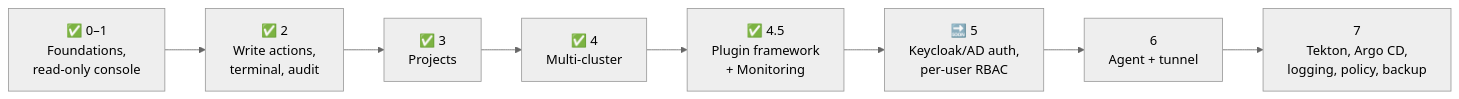
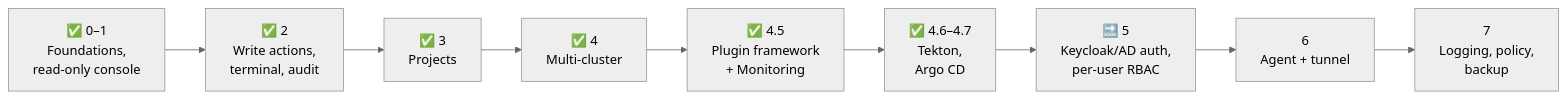
Before and after one commit to chengdevith/Capybara: the eighth of 8 diagrams in README.md, drawn with Mermaid (neutral theme). The commit also changed other lines of this file and 2 other files, not shown here.

Commit message:
Docs: ADR 0009 (GitOps before auth, uninstall safety), README and architecture

````diff
--- a/README.md
+++ b/README.md
@@ -556,4 +604,4 @@
 ```mermaid
 flowchart LR
-    p01["✅ 0–1<br/>Foundations,<br/>read-only console"] --> p2["✅ 2<br/>Write actions,<br/>terminal, audit"] --> p3["✅ 3<br/>Projects"] --> p4["✅ 4<br/>Multi-cluster"] --> p45["✅ 4.5<br/>Plugin framework<br/>+ Monitoring"] --> p5["🔜 5<br/>Keycloak/AD auth,<br/>per-user RBAC"] --> p6["6<br/>Agent + tunnel"] --> p7["7<br/>Tekton, Argo CD,<br/>logging, policy, backup"]
+    p01["✅ 0–1<br/>Foundations,<br/>read-only console"] --> p2["✅ 2<br/>Write actions,<br/>terminal, audit"] --> p3["✅ 3<br/>Projects"] --> p4["✅ 4<br/>Multi-cluster"] --> p45["✅ 4.5<br/>Plugin framework<br/>+ Monitoring"] --> p46["✅ 4.6–4.7<br/>Tekton,<br/>Argo CD"] --> p5["🔜 5<br/>Keycloak/AD auth,<br/>per-user RBAC"] --> p6["6<br/>Agent + tunnel"] --> p7["7<br/>Logging, policy,<br/>backup"]
 ```
````
